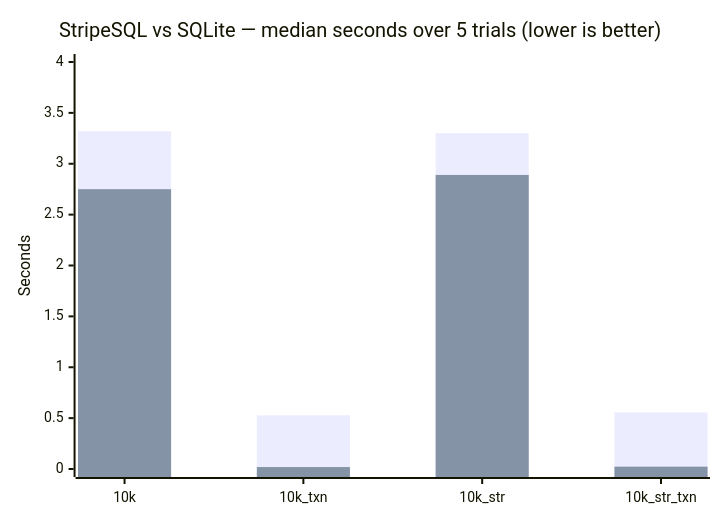
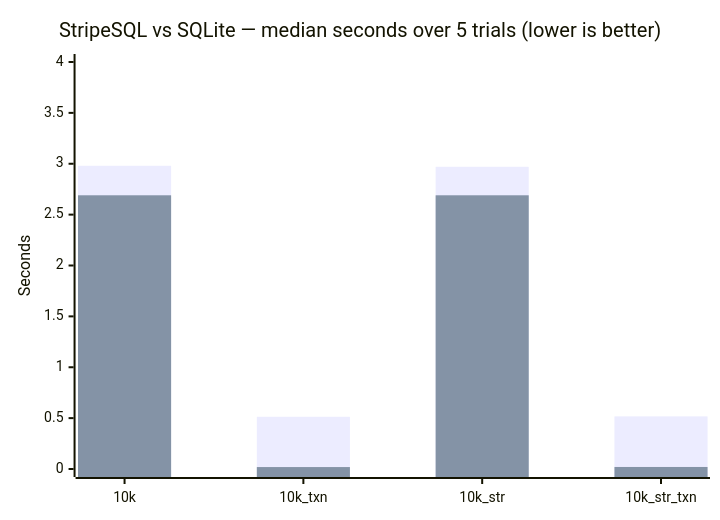
One commit to ekothavale/StripeSQL changed the diagram in README.md. Above: the diagram before and after it, drawn with Mermaid. The commit also changed other lines of this file and 8 other files, not shown here.

Commit message:
improve performance by expanding the schema cache into a general resource cache and adding open tables to those resouces

````diff
--- a/README.md
+++ b/README.md
@@ -342,8 +342,8 @@
 ```mermaid
 xychart-beta
     title "StripeSQL vs SQLite — median seconds over 5 trials (lower is better)"
     x-axis ["10k", "10k_txn", "10k_str", "10k_str_txn"]
     y-axis "Seconds" 0 --> 4
-    bar "StripeSQL" [3.32, 0.528, 3.30, 0.556]
-    bar "SQLite" [2.75, 0.019, 2.89, 0.023]
+    bar "StripeSQL" [2.98, 0.513, 2.97, 0.517]
+    bar "SQLite" [2.69, 0.019, 2.69, 0.020]
 ```
````
